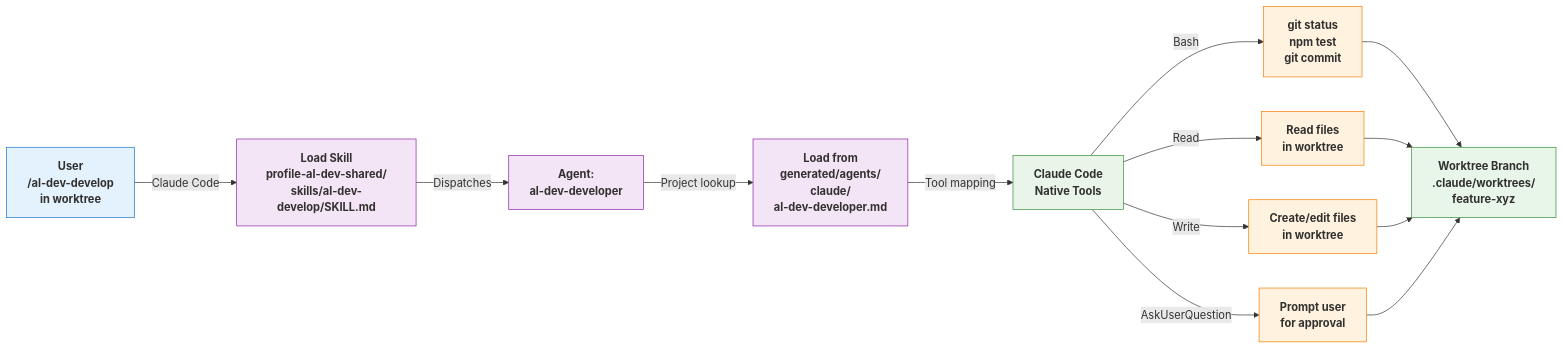
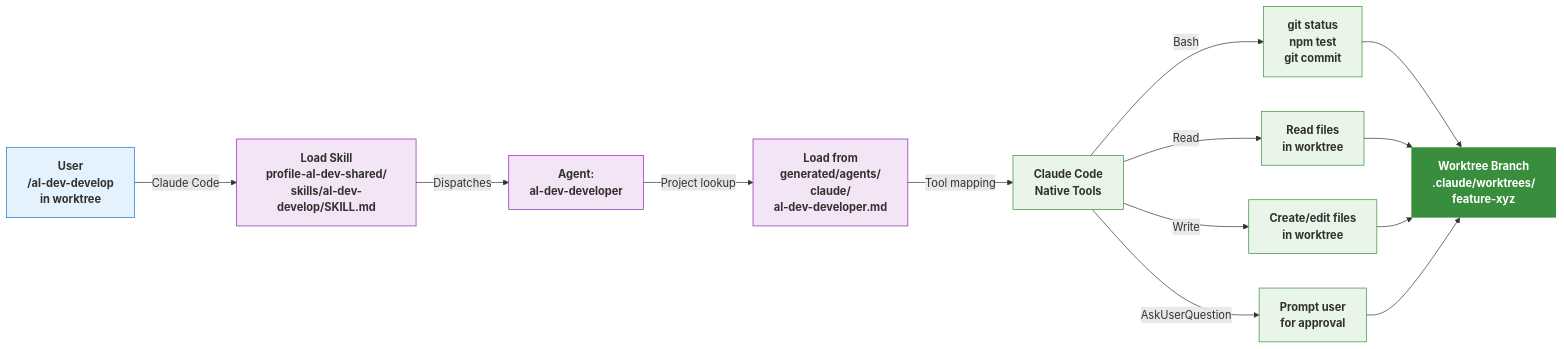
Before and after one commit to russell-laing/al-dev-shared: the fifth of 6 diagrams in docs/projection-layer-readme.md, drawn with Mermaid. The commit also changed other lines of this file, not shown here.

First line of the commit message:
docs: standardize mermaid diagram color palette

````diff
--- a/docs/projection-layer-readme.md
+++ b/docs/projection-layer-readme.md
@@ -576,26 +607,31 @@
 ```mermaid
 graph LR
     A["User<br/>/al-dev-develop<br/>in worktree"] -->|Claude Code| B["Load Skill<br/>profile-al-dev-shared/<br/>skills/al-dev-develop/SKILL.md"]
     B -->|Dispatches| C["Agent:<br/>al-dev-developer"]
     C -->|Project lookup| D["Load from<br/>generated/agents/<br/>claude/<br/>al-dev-developer.md"]
     D -->|Tool mapping| E["Claude Code<br/>Native Tools"]
     E -->|Bash| F["git status<br/>npm test<br/>git commit"]
     E -->|Read| G["Read files<br/>in worktree"]
     E -->|Write| H["Create/edit files<br/>in worktree"]
     E -->|AskUserQuestion| I["Prompt user<br/>for approval"]
     F --> J["Worktree Branch<br/>.claude/worktrees/<br/>feature-xyz"]
     G --> J
     H --> J
     I --> J
     
-    style A fill:#e3f2fd,stroke:#1976d2,color:#323130,font-weight:bold
-    style B fill:#f3e5f5,stroke:#8e24aa,color:#323130,font-weight:bold
-    style C fill:#f3e5f5,stroke:#8e24aa,color:#323130,font-weight:bold
-    style D fill:#f3e5f5,stroke:#8e24aa,color:#323130,font-weight:bold
-    style E fill:#e8f5e8,stroke:#388e3c,color:#323130,font-weight:bold
-    style F fill:#fff3e0,stroke:#f57c00,color:#323130,font-weight:bold
-    style G fill:#fff3e0,stroke:#f57c00,color:#323130,font-weight:bold
-    style H fill:#fff3e0,stroke:#f57c00,color:#323130,font-weight:bold
-    style I fill:#fff3e0,stroke:#f57c00,color:#323130,font-weight:bold
-    style J fill:#e8f5e9,stroke:#388e3c,color:#323130,font-weight:bold
+    classDef input fill:#e3f2fd,stroke:#1976d2,color:#323130,font-weight:bold
+    classDef process fill:#f3e5f5,stroke:#8e24aa,color:#323130,font-weight:bold
+    classDef output fill:#e8f5e8,stroke:#388e3c,color:#323130,font-weight:bold
+    classDef emphasisGreen fill:#388e3c,stroke:none,color:#fff,font-weight:bold
+
+    class A input
+    class B process
+    class C process
+    class D process
+    class E output
+    class F output
+    class G output
+    class H output
+    class I output
+    class J emphasisGreen
 ```
````
